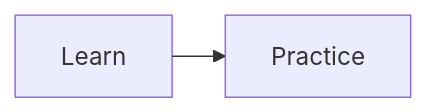
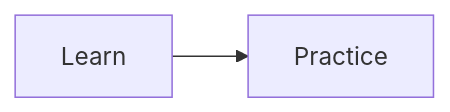
The diagram in README.md (ai-shifu/markdown-flow-ui), drawn with Mermaid before and after one commit. The commit also changed other lines of this file and 4 other files, not shown here.

First line of the commit message:
feat: use native Mermaid diagram styles

````diff
--- a/README.md
+++ b/README.md
@@ -179,8 +181,10 @@
 ```mermaid
 ---
 config:
-  layout: elk
+  layout: dagre
+  theme: default
+  look: classic
 ---
 flowchart LR
   Learn --> Practice
 ```
````
